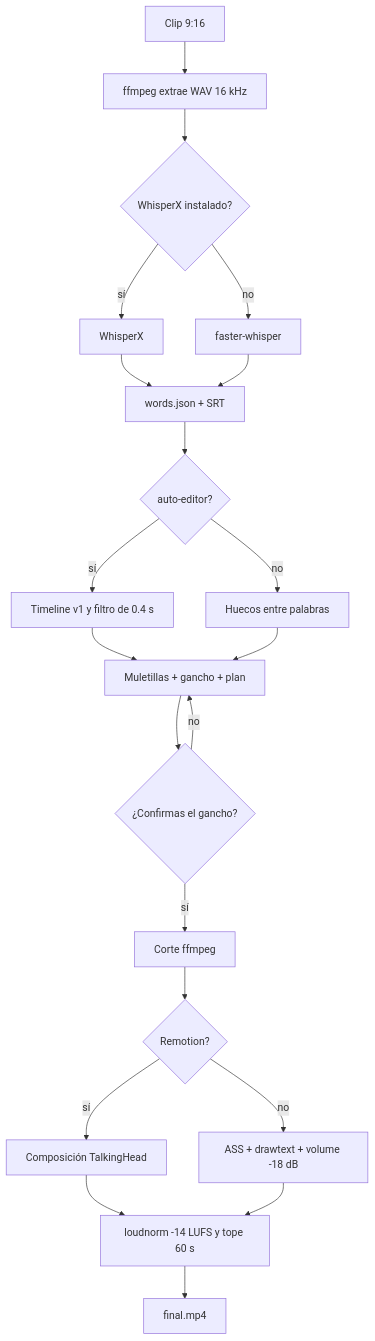
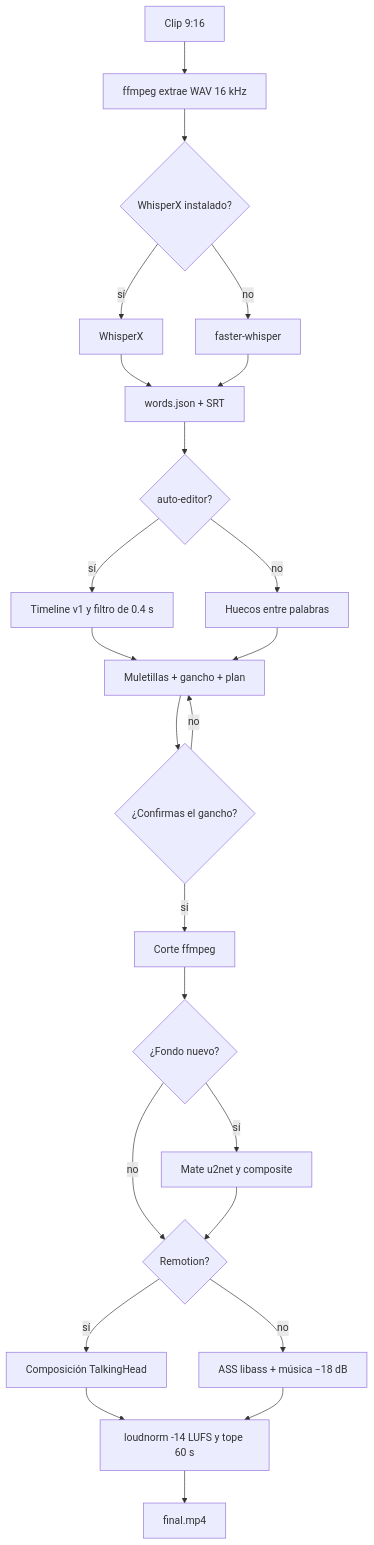
One commit to fabian-adpros/adpros-ugc-talking-skill changed the first of 2 diagrams in README.md. Above: the diagram before and after it, drawn with Mermaid. The commit also changed other lines of this file and 16 other files, not shown here.

````diff
--- a/README.md
+++ b/README.md
@@ -170,23 +176,26 @@
 ```mermaid
 flowchart TD
   A[Clip 9:16] --> B[ffmpeg extrae WAV 16 kHz]
   B --> C{WhisperX instalado?}
   C -->|sí| D[WhisperX]
   C -->|no| E[faster-whisper]
   D --> F[words.json + SRT]
   E --> F
   F --> G{auto-editor?}
   G -->|sí| H[Timeline v1 y filtro de 0.4 s]
   G -->|no| I[Huecos entre palabras]
   H --> J[Muletillas + gancho + plan]
   I --> J
   J --> K{¿Confirmas el gancho?}
   K -->|no| J
   K -->|sí| L[Corte ffmpeg]
-  L --> M{Remotion?}
+  L --> L2{¿Fondo nuevo?}
+  L2 -->|sí| L3[Mate u2net y composite]
+  L2 -->|no| M{Remotion?}
+  L3 --> M
   M -->|sí| N[Composición TalkingHead]
-  M -->|no| O[ASS + drawtext + volume -18 dB]
+  M -->|no| O[ASS libass + música −18 dB]
   N --> P[loudnorm -14 LUFS y tope 60 s]
   O --> P
   P --> Q[final.mp4]
 ```
````
